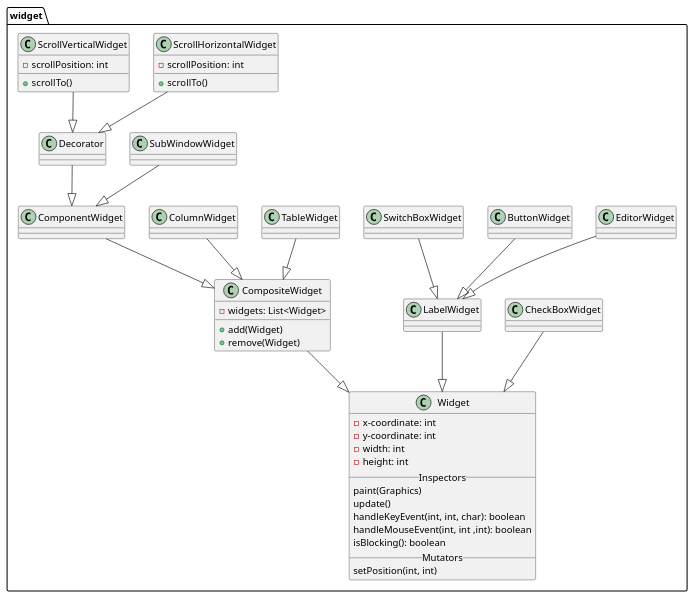
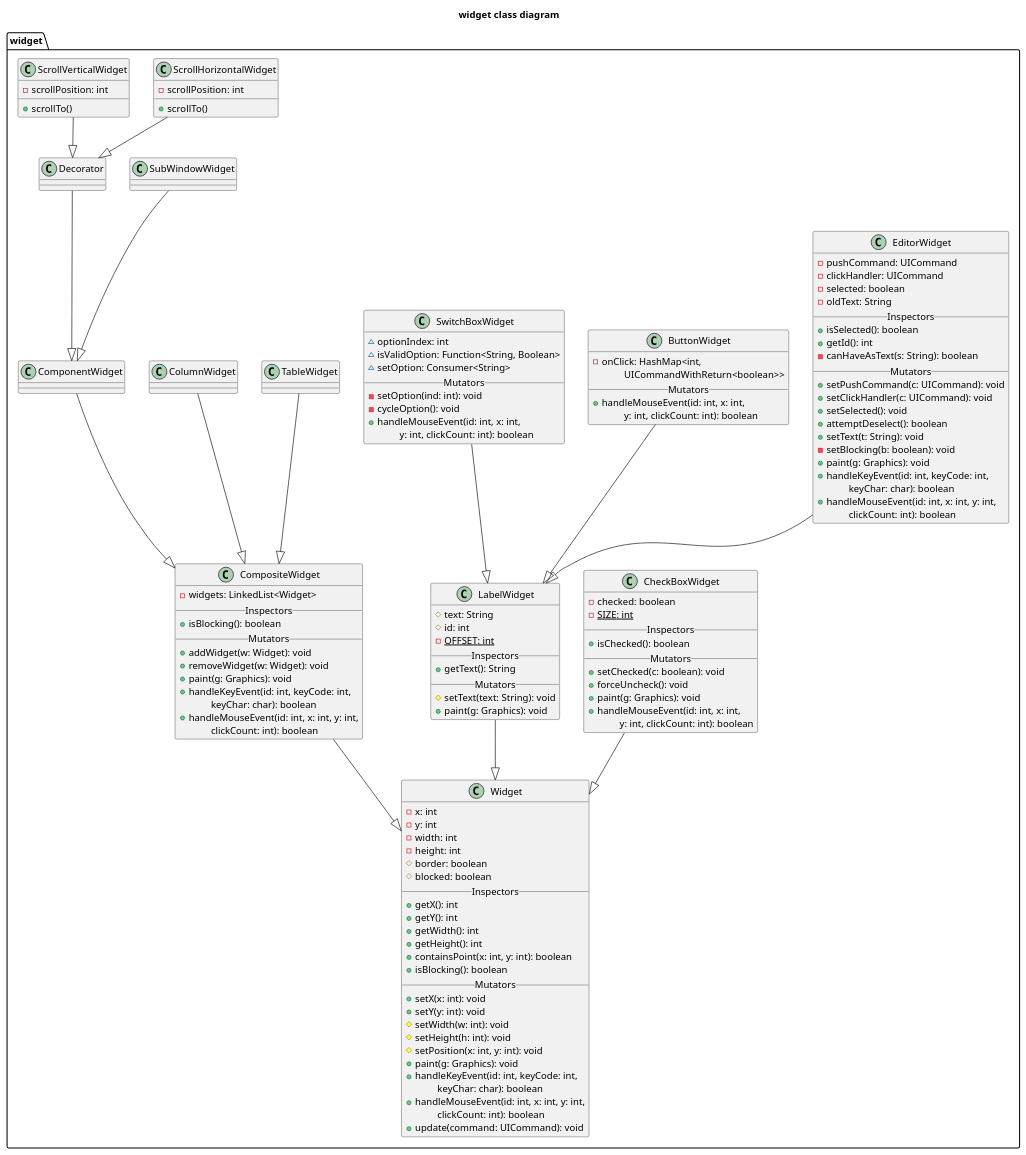
The diagram in diagrams/classDiagrams/widget.puml (Bhamoss/softwareOntwerpProject), drawn with PlantUML before and after one commit. The commit also changed 1 other file, not shown here.

Commit message:
widget classdiagram edited

```diff
--- a/diagrams/classDiagrams/widget.puml
+++ b/diagrams/classDiagrams/widget.puml
@@ -1,97 +1,168 @@
 @startuml
+title widget class diagram
 package "widget" {
 
         class Widget {
-            -x-coordinate: int
-            -y-coordinate: int
+            -x: int
+            -y: int
             -width: int
             -height: int
+            #border: boolean
+            #blocked: boolean
             __Inspectors__
-            paint(Graphics)
-            update()
-            handleKeyEvent(int, int, char): boolean
-            handleMouseEvent(int, int ,int): boolean
-            isBlocking(): boolean
+            +getX(): int
+            +getY(): int
+            +getWidth(): int
+            +getHeight(): int
+            +containsPoint(x: int, y: int): boolean
+            +isBlocking(): boolean
             __Mutators__
-            setPosition(int, int)
+            +setX(x: int): void
+            +setY(y: int): void
+            #setWidth(w: int): void
+            #setHeight(h: int): void
+            #setPosition(x: int, y: int): void
+            +paint(g: Graphics): void
+            +handleKeyEvent(id: int, keyCode: int,
+                \t keyChar: char): boolean
+            +handleMouseEvent(id: int, x: int, y: int,
+                \t clickCount: int): boolean
+            +update(command: UICommand): void
         }
 
 
         class LabelWidget{
+            #text: String
+            #id: int
+            -{static}OFFSET: int
+            __Inspectors__
+            +getText(): String
+            __Mutators__
+            #setText(text: String): void
+            +paint(g: Graphics): void
         }
         LabelWidget --|> Widget
 
 
         class EditorWidget{
+            -pushCommand: UICommand
+            -clickHandler: UICommand
+            -selected: boolean
+            -oldText: String
+            __Inspectors__
+            +isSelected(): boolean
+            +getId(): int
+            -canHaveAsText(s: String): boolean
+            __Mutators__
+            +setPushCommand(c: UICommand): void
+            +setClickHandler(c: UICommand): void
+            +setSelected(): void
+            +attemptDeselect(): boolean
+            +setText(t: String): void
+            -setBlocking(b: boolean): void
+            +paint(g: Graphics): void
+            +handleKeyEvent(id: int, keyCode: int,
+                \t keyChar: char): boolean
+            +handleMouseEvent(id: int, x: int, y: int,
+                \t clickCount: int): boolean
         }
         EditorWidget --|> LabelWidget
 
         class CheckBoxWidget{
+            -checked: boolean
+            -{static}SIZE: int
+            __Inspectors__
+            +isChecked(): boolean
+            __Mutators__
+            +setChecked(c: boolean): void
+            +forceUncheck(): void
+            +paint(g: Graphics): void
+            +handleMouseEvent(id: int, x: int,
+                \t y: int, clickCount: int): boolean
         }
         CheckBoxWidget --|> Widget
         class ButtonWidget{
+            -onClick: HashMap<int,
+                \t UICommandWithReturn<boolean>>
+            __Mutators__
+            +handleMouseEvent(id: int, x: int,
+                            \t y: int, clickCount: int): boolean
         }
         ButtonWidget --|> LabelWidget
 
 
         class SwitchBoxWidget{
-
+            ~optionIndex: int
+            ~isValidOption: Function<String, Boolean>
+            ~setOption: Consumer<String>
+            __Mutators__
+            -setOption(ind: int): void
+            -cycleOption(): void
+            +handleMouseEvent(id: int, x: int,
+                \t y: int, clickCount: int): boolean
         }
         SwitchBoxWidget --|> LabelWidget
 
         class CompositeWidget{
-            - widgets: List<Widget>
-            __
-            + add(Widget)
-            + remove(Widget)
+            - widgets: LinkedList<Widget>
+            __Inspectors__
+            +isBlocking(): boolean
+            __Mutators__
+            + addWidget(w: Widget): void
+            + removeWidget(w: Widget): void
+            +paint(g: Graphics): void
+            +handleKeyEvent(id: int, keyCode: int,
+                \t keyChar: char): boolean
+            +handleMouseEvent(id: int, x: int, y: int,
+                \t clickCount: int): boolean
         }
 
         CompositeWidget --|> Widget
 
         class TableWidget{
         }
 
         TableWidget --|> CompositeWidget
 
         class ColumnWidget{
         }
 
         ColumnWidget --|> CompositeWidget
 
         class ComponentWidget{
         }
 
         ComponentWidget --|> CompositeWidget
 
         class SubWindowWidget{
         }
 
         SubWindowWidget --|> ComponentWidget
 
 
         class Decorator{
         }
 
         Decorator --|> ComponentWidget
 
         class ScrollHorizontalWidget{
             - scrollPosition: int
             __
             + scrollTo()
         }
 
         ScrollHorizontalWidget --|> Decorator
 
         class ScrollVerticalWidget{
             - scrollPosition: int
             __
             + scrollTo()
         }
 
         ScrollVerticalWidget --|> Decorator
 
 
 
     }
 
 @enduml
```
